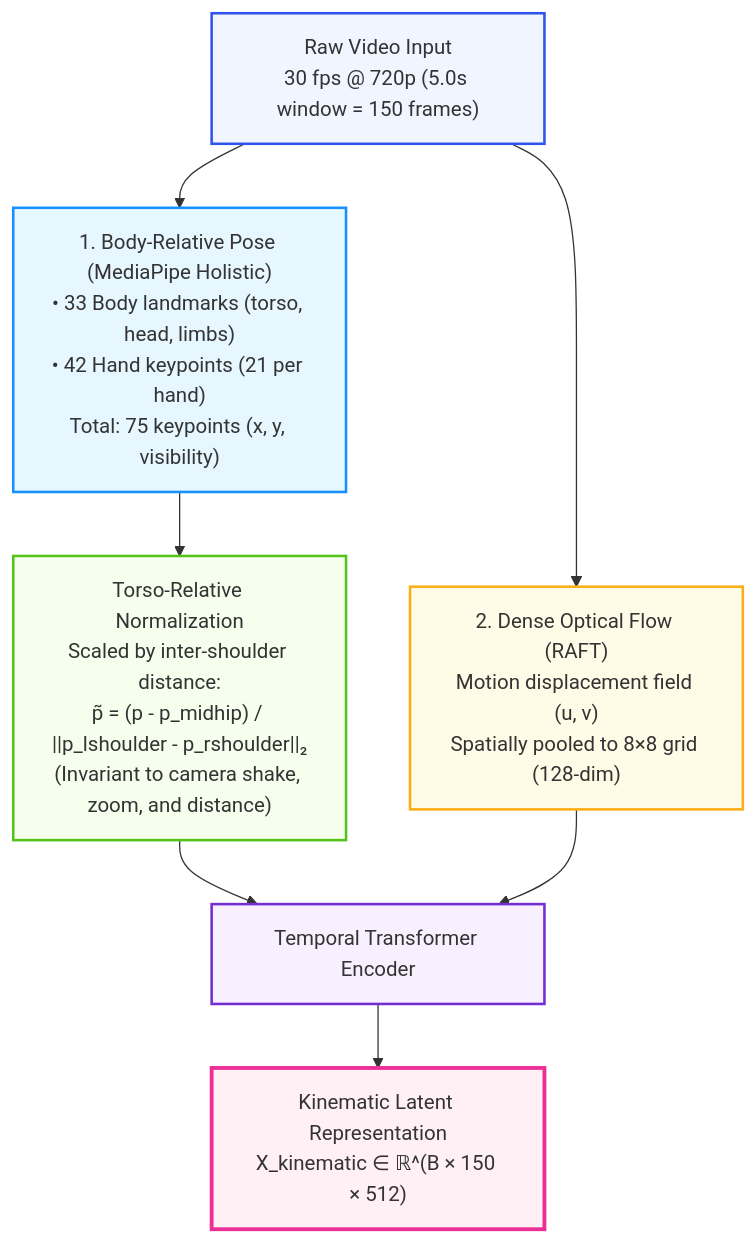
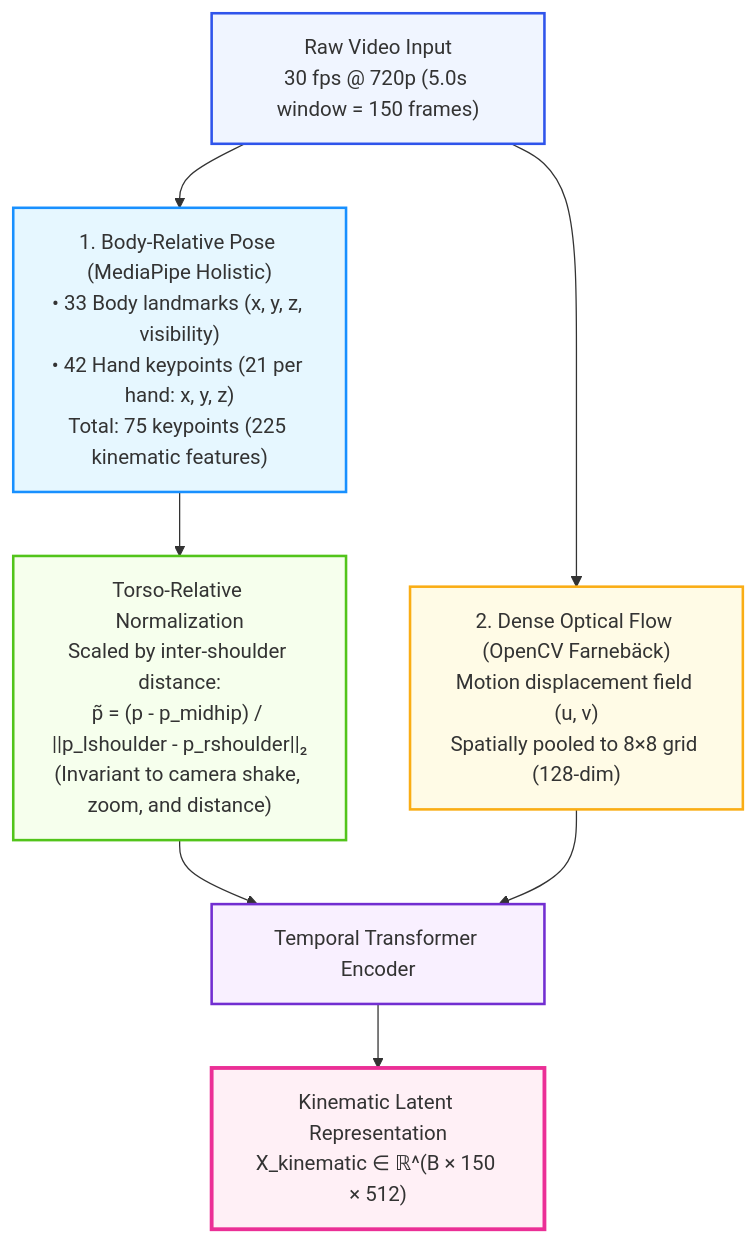
One commit to olostan/project_n changed the third of 7 diagrams in DESIGN.md. Above: the diagram before and after it, drawn with Mermaid. The commit also changed other lines of this file and 10 other files, not shown here.

````diff
--- a/DESIGN.md
+++ b/DESIGN.md
@@ -123,17 +123,17 @@
 ```mermaid
 graph TD
-    RawVideo["Raw Video Input<br/>30 fps @ 720p (5.0s window = 150 frames)"] --> PoseStream["1. Body-Relative Pose (MediaPipe Holistic)<br/>• 33 Body landmarks (torso, head, limbs)<br/>• 42 Hand keypoints (21 per hand)<br/>Total: 75 keypoints (x, y, visibility)"]
-    RawVideo --> FlowStream["2. Dense Optical Flow (RAFT)<br/>Motion displacement field (u, v)<br/>Spatially pooled to 8×8 grid (128-dim)"]
+    RawVideo["Raw Video Input<br/>30 fps @ 720p (5.0s window = 150 frames)"] --> PoseStream["1. Body-Relative Pose (MediaPipe Holistic)<br/>• 33 Body landmarks (x, y, z, visibility)<br/>• 42 Hand keypoints (21 per hand: x, y, z)<br/>Total: 75 keypoints (225 kinematic features)"]
+    RawVideo --> FlowStream["2. Dense Optical Flow (OpenCV Farnebäck)<br/>Motion displacement field (u, v)<br/>Spatially pooled to 8×8 grid (128-dim)"]
 
     PoseStream --> TorsoNorm["Torso-Relative Normalization<br/>Scaled by inter-shoulder distance:<br/>p̃ = (p - p_midhip) / ||p_lshoulder - p_rshoulder||₂<br/>(Invariant to camera shake, zoom, and distance)"]
 
     TorsoNorm & FlowStream --> TempTrans["Temporal Transformer Encoder"]
     TempTrans --> LatentKinematic["Kinematic Latent Representation<br/>X_kinematic ∈ ℝ^(B × 150 × 512)"]
 
     style RawVideo fill:#f0f5ff,stroke:#2f54eb,stroke-width:2px
     style PoseStream fill:#e6f7ff,stroke:#1890ff,stroke-width:2px
     style FlowStream fill:#fffbe6,stroke:#faad14,stroke-width:2px
     style TorsoNorm fill:#f6ffed,stroke:#52c41a,stroke-width:2px
     style TempTrans fill:#f9f0ff,stroke:#722ed1,stroke-width:2px
     style LatentKinematic fill:#fff0f6,stroke:#eb2f96,stroke-width:3px
 ```
````
